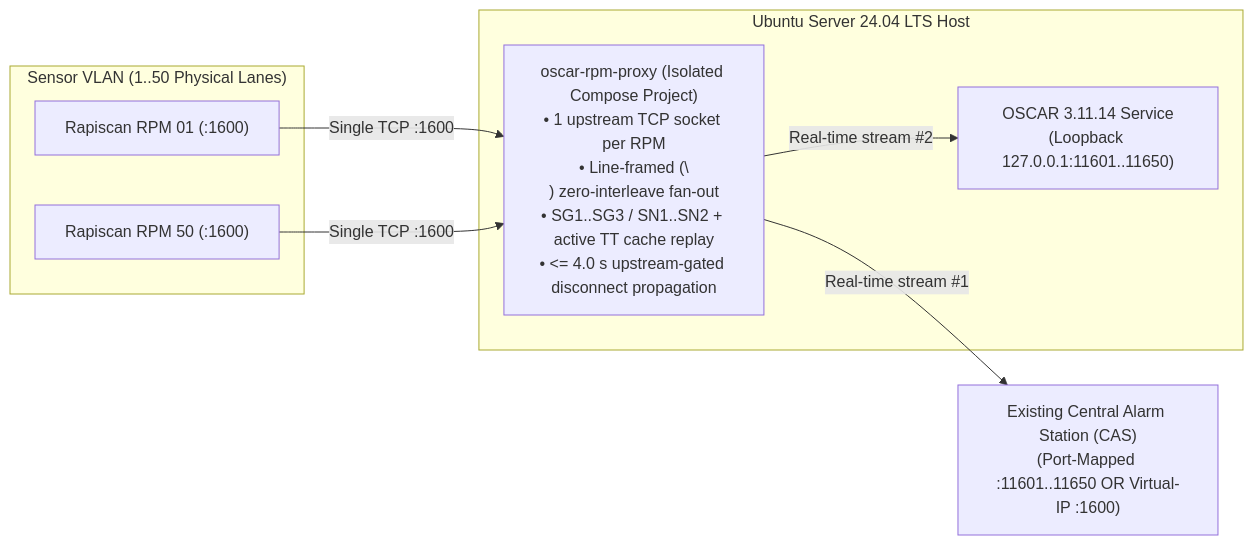
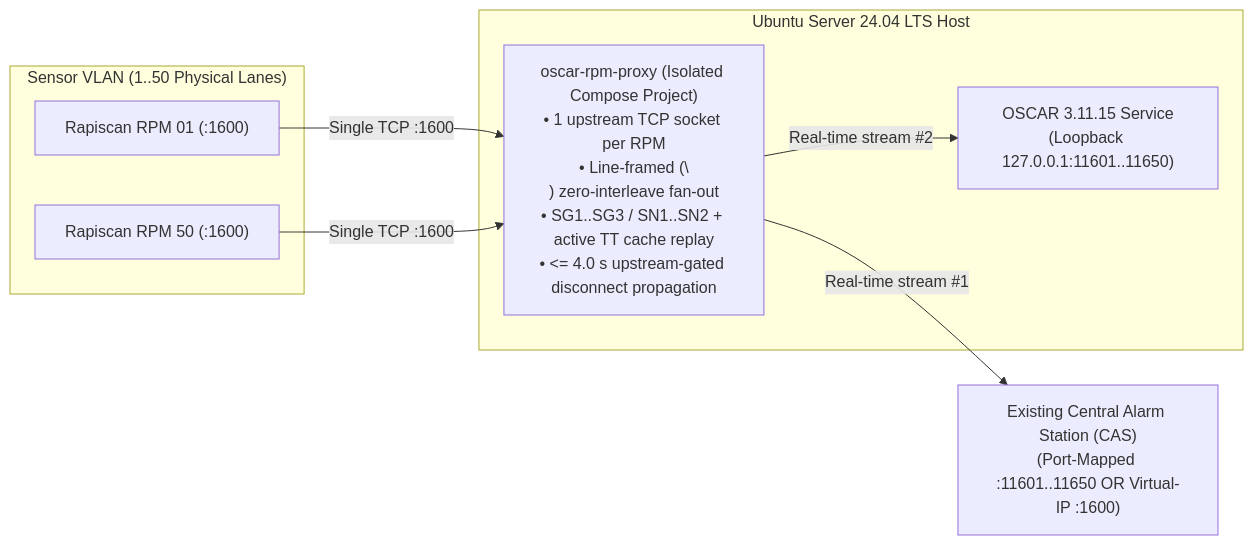
Before and after one commit to ORNL/oscar: the diagram in docs/RPM_EDGE_PROXY_GUIDE.md, drawn with Mermaid. The commit also changed other lines of this file and 34 other files, not shown here.

````diff
--- a/docs/RPM_EDGE_PROXY_GUIDE.md
+++ b/docs/RPM_EDGE_PROXY_GUIDE.md
@@ -13,19 +13,19 @@
 ```mermaid
 flowchart LR
     subgraph SensorVLAN["Sensor VLAN (1..50 Physical Lanes)"]
         RPM1["Rapiscan RPM 01 (:1600)"]
         RPM50["Rapiscan RPM 50 (:1600)"]
     end
 
     subgraph OscarHost["Ubuntu Server 24.04 LTS Host"]
         Proxy["oscar-rpm-proxy (Isolated Compose Project)\n• 1 upstream TCP socket per RPM\n• Line-framed (\\n) zero-interleave fan-out\n• SG1..SG3 / SN1..SN2 + active TT cache replay\n• <= 4.0 s upstream-gated disconnect propagation"]
-        OSCAR["OSCAR 3.11.14 Service\n(Loopback 127.0.0.1:11601..11650)"]
+        OSCAR["OSCAR 3.11.15 Service\n(Loopback 127.0.0.1:11601..11650)"]
     end
 
     CAS["Existing Central Alarm Station (CAS)\n(Port-Mapped :11601..11650 OR Virtual-IP :1600)"]
 
     RPM1 -->|"Single TCP :1600"| Proxy
     RPM50 -->|"Single TCP :1600"| Proxy
     Proxy -->|"Real-time stream #1"| CAS
     Proxy -->|"Real-time stream #2"| OSCAR
 ```
````
